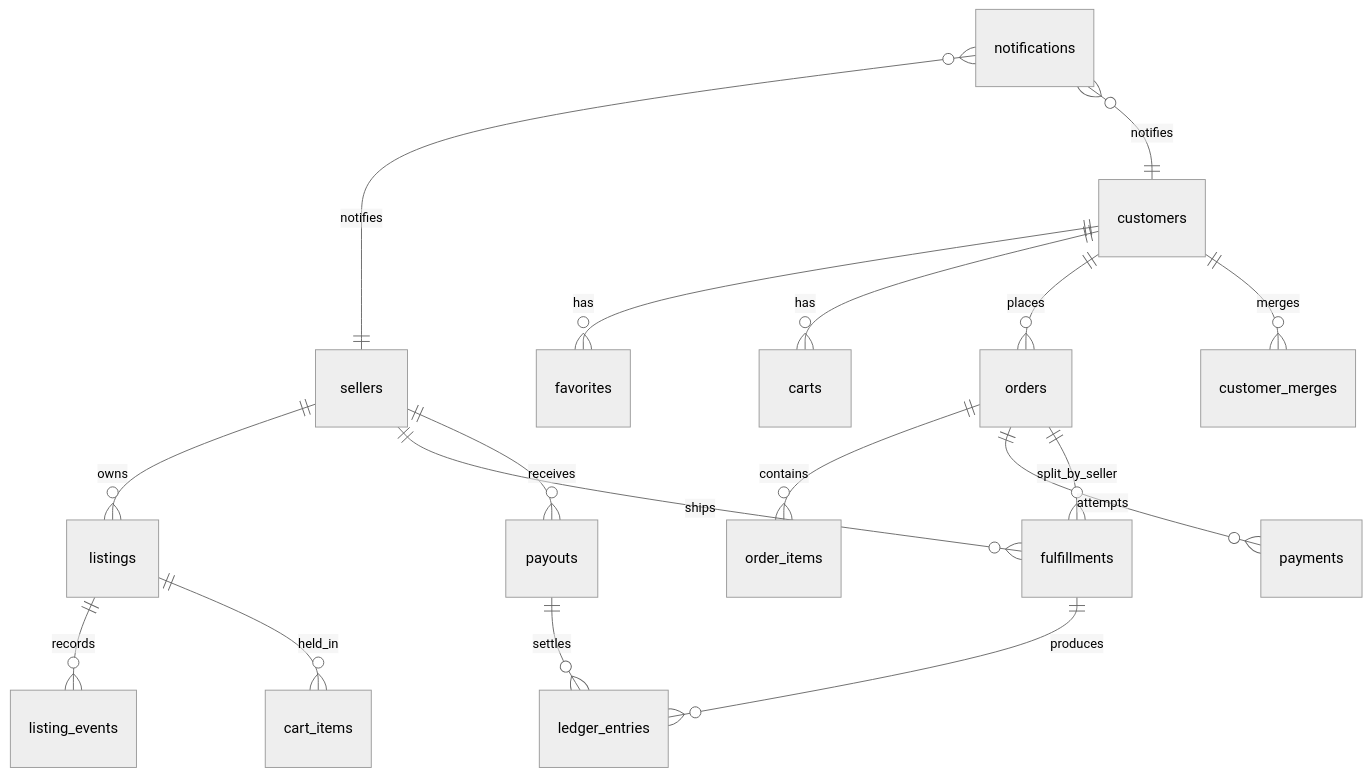
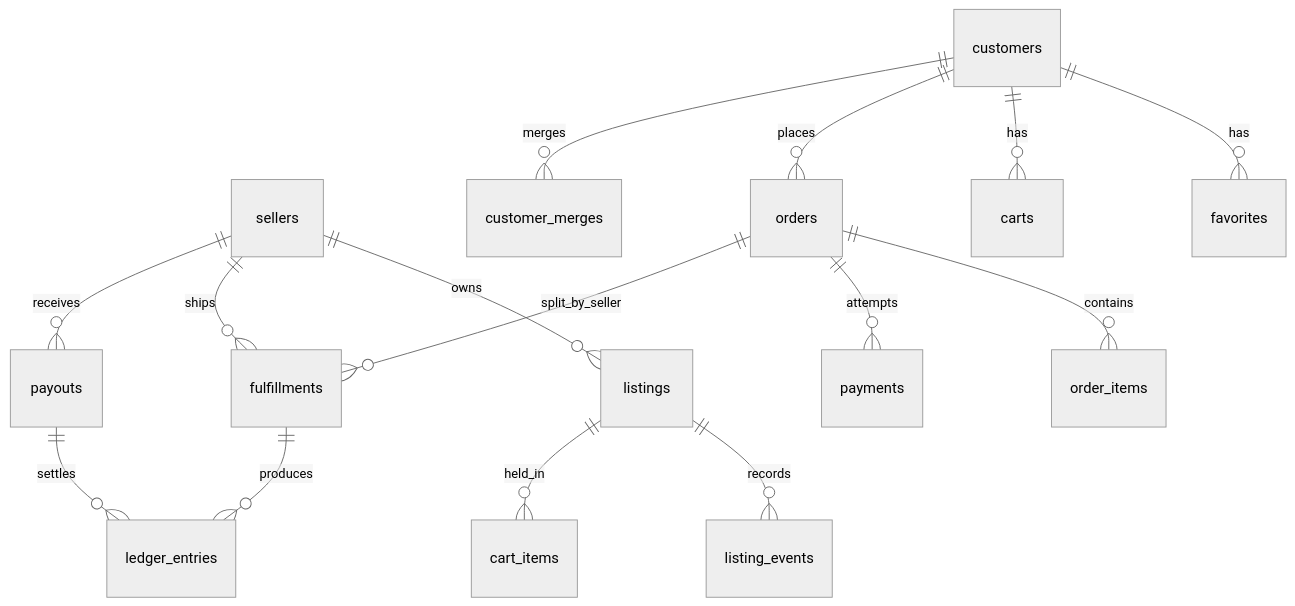
The third of 4 diagrams in prototype/php/docs/architecture.md (jonathan-beebe/art-store), drawn with Mermaid (neutral theme) before and after one commit. The commit also changed other lines of this file and 407 other files, not shown here.

````diff
--- a/prototype/php/docs/architecture.md
+++ b/prototype/php/docs/architecture.md
@@ -94,19 +177,17 @@
 ```mermaid
 erDiagram
     sellers ||--o{ listings : owns
     customers ||--o{ favorites : has
     customers ||--o{ carts : has
     customers ||--o{ orders : places
     listings ||--o{ listing_events : records
     listings ||--o{ cart_items : held_in
     orders ||--o{ order_items : contains
     orders ||--o{ payments : attempts
     orders ||--o{ fulfillments : split_by_seller
     sellers ||--o{ fulfillments : ships
     fulfillments ||--o{ ledger_entries : produces
     sellers ||--o{ payouts : receives
     payouts ||--o{ ledger_entries : settles
     customers ||--o{ customer_merges : merges
-    notifications }o--|| sellers : notifies
-    notifications }o--|| customers : notifies
 ```
````
